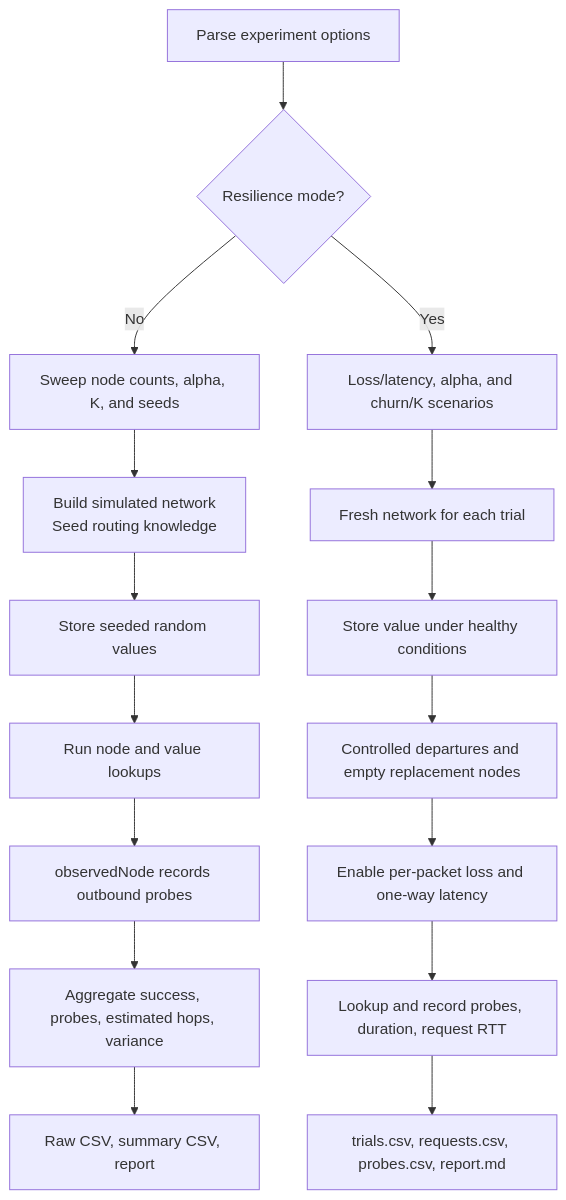
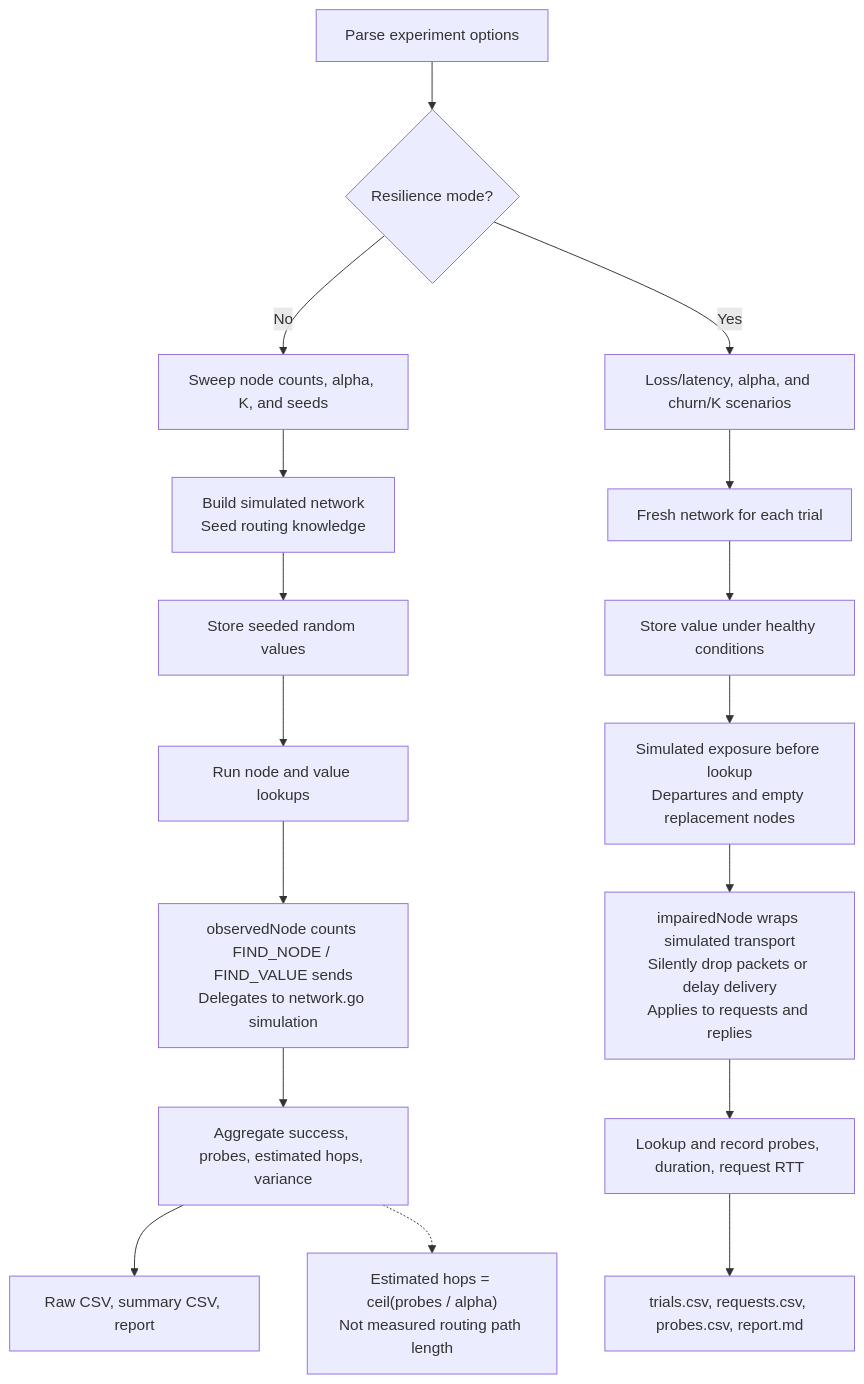
Before and after one commit to mohraj-0/Mobil-and-distributed-D7024E: diagram 16 of 17 in labs/ARCHITECTURE.md, drawn with Mermaid. The commit also changed other lines of this file, not shown here.

````diff
--- a/labs/ARCHITECTURE.md
+++ b/labs/ARCHITECTURE.md
@@ -379,19 +427,20 @@
 ```mermaid
 flowchart TD
     FLAGS["Parse experiment options"] --> MODE{"Resilience mode?"}
     MODE -->|No| GRID["Sweep node counts, alpha, K, and seeds"]
     GRID --> BUILD["Build simulated network<br/>Seed routing knowledge"]
     BUILD --> STORE["Store seeded random values"]
     STORE --> LOOK["Run node and value lookups"]
-    LOOK --> OBS["observedNode records outbound probes"]
+    LOOK --> OBS["observedNode counts FIND_NODE / FIND_VALUE sends<br/>Delegates to network.go simulation"]
     OBS --> STATS["Aggregate success, probes, estimated hops, variance"]
     STATS --> OUTPUT["Raw CSV, summary CSV, report"]
 
     MODE -->|Yes| SCENARIO["Loss/latency, alpha, and churn/K scenarios"]
     SCENARIO --> FRESH["Fresh network for each trial"]
     FRESH --> HEALTHY["Store value under healthy conditions"]
-    HEALTHY --> CHURN["Controlled departures and empty replacement nodes"]
-    CHURN --> IMPAIR["Enable per-packet loss and one-way latency"]
+    HEALTHY --> CHURN["Simulated exposure before lookup<br/>Departures and empty replacement nodes"]
+    CHURN --> IMPAIR["impairedNode wraps simulated transport<br/>Silently drop packets or delay delivery<br/>Applies to requests and replies"]
     IMPAIR --> MEASURE["Lookup and record probes, duration, request RTT"]
     MEASURE --> RESULTS["trials.csv, requests.csv, probes.csv, report.md"]
+    STATS -.-> HOPS["Estimated hops = ceil(probes / alpha)<br/>Not measured routing path length"]
 ```
````
